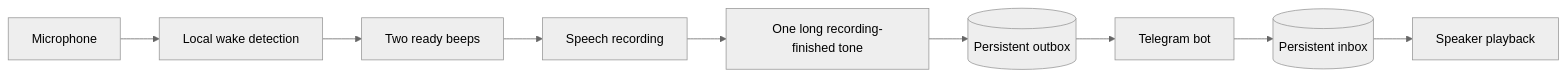
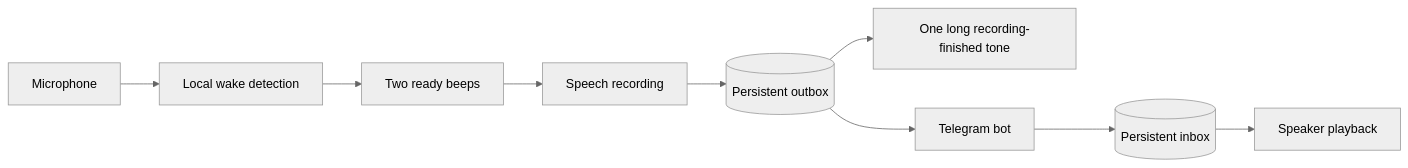
One commit to DemonGiggle/telie-talkie changed the diagram in README.md. Above: the diagram before and after it, drawn with Mermaid (neutral theme). The commit also changed other lines of this file and 11 other files, not shown here.

````diff
--- a/README.md
+++ b/README.md
@@ -90,11 +90,11 @@
 ```mermaid
 flowchart LR
     M[Microphone] --> W[Local wake detection]
     W --> B[Two ready beeps]
     B --> R[Speech recording]
-    R --> F[One long recording-finished tone]
-    F --> O[(Persistent outbox)]
+    R --> O[(Persistent outbox)]
+    O --> F[One long recording-finished tone]
     O --> T[Telegram bot]
     T --> I[(Persistent inbox)]
     I --> P[Speaker playback]
 ```
````
